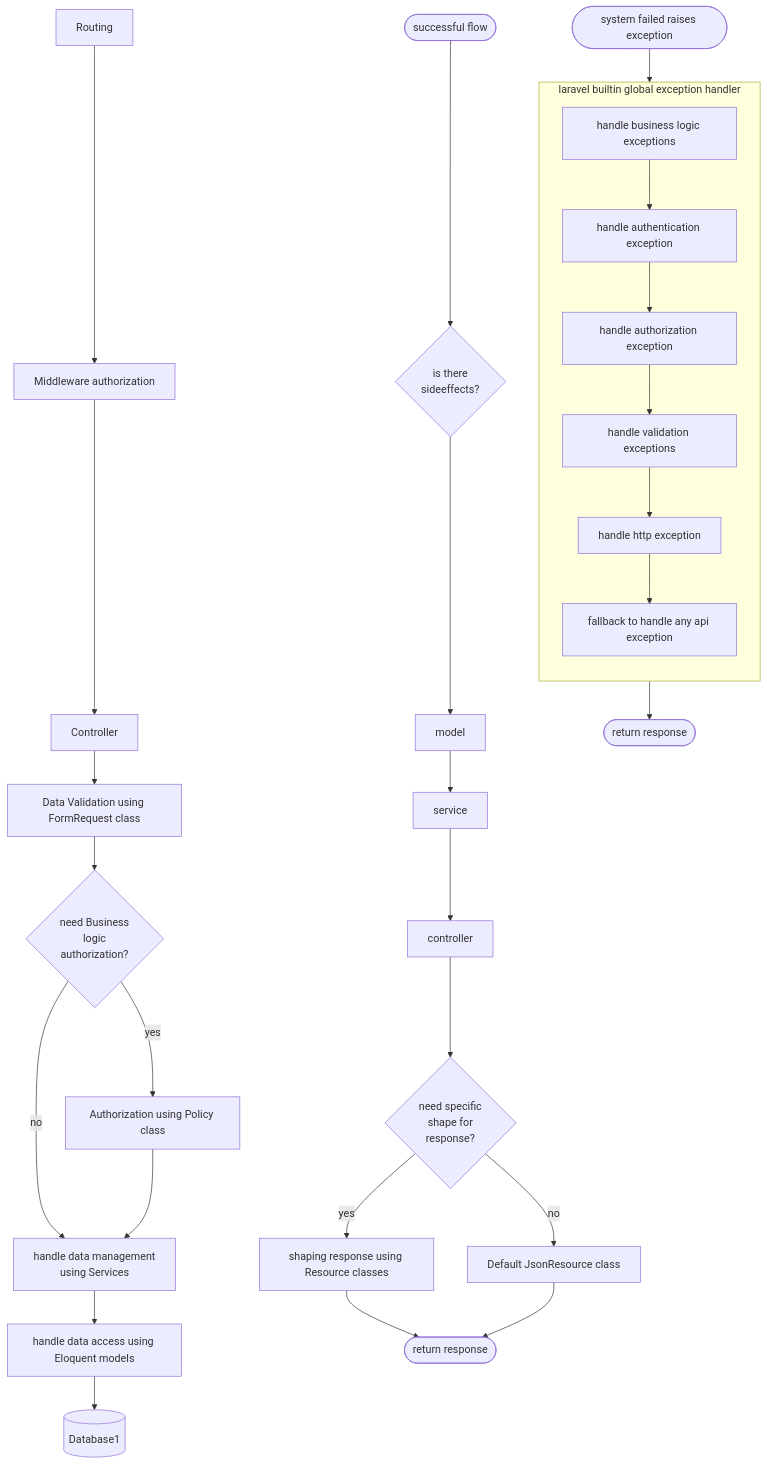
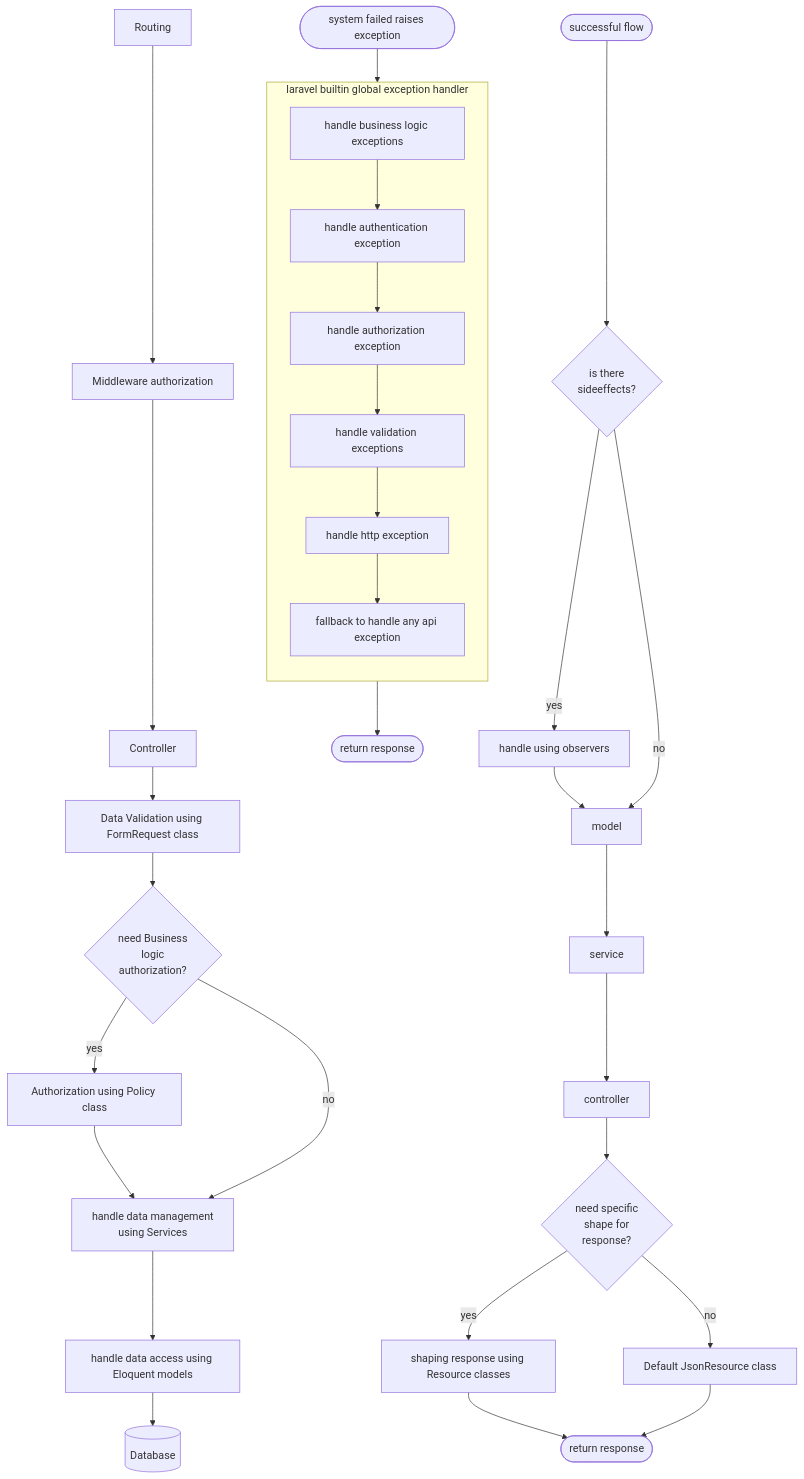
The diagram in docs/workflows.mmd (almekdad0576-ctrl/books_community), drawn with Mermaid before and after one commit. The commit also changed 1 other file, not shown here.

```diff
--- a/docs/workflows.mmd
+++ b/docs/workflows.mmd
@@ -1,42 +1,44 @@
 flowchart TD
     %% =======================
     %% Left Column Flow
     %% =======================
     R[Routing] --> M[Middleware authorization]
     M --> C1[Controller]
     C1 --> DV[Data Validation using FormRequest class]
     DV --> BLA{need Business<br>logic<br>authorization?}
     BLA -->|yes| AuthP[Authorization using Policy class]
     BLA -->|no| HDM[handle data management<br>using Services]
     AuthP --> HDM
     HDM --> HDA[handle data access using Eloquent models]
-    HDA --> DB[(Database1)]
+    HDA --> DB[(Database)]
 
     %% =======================
     %% Middle Column Flow
     %% =======================
     SF([successful flow]) --> SE{is there<br>sideeffects?}
-    SE --> MOD[model]
+    SE -->|yes| OBS[handle using observers]
+    OBS --> MOD[model]
+    SE -->|no| MOD[model]
     MOD --> SRV[service]
     SRV --> C2[controller]
     C2 --> NSS{need specific<br>shape for<br>response?}
     NSS -->|yes| SRR[shaping response using Resource classes]
     NSS -->|no| DJR[Default JsonResource class]
     SRR --> RR1([return response])
     DJR --> RR1
 
     %% =======================
     %% Right Column Flow
     %% =======================
     SFE([system failed raises exception]) --> Handler
 
     subgraph Handler [laravel builtin global exception handler]
         direction TB
         HBLE[handle business logic exceptions] --> HAE[handle authentication exception]
         HAE --> HAZE[handle authorization exception]
         HAZE --> HVE[handle validation exceptions]
         HVE --> HHE[handle http exception]
         HHE --> FBH[fallback to handle any api exception]
     end
 
     Handler --> RR2([return response])
```
